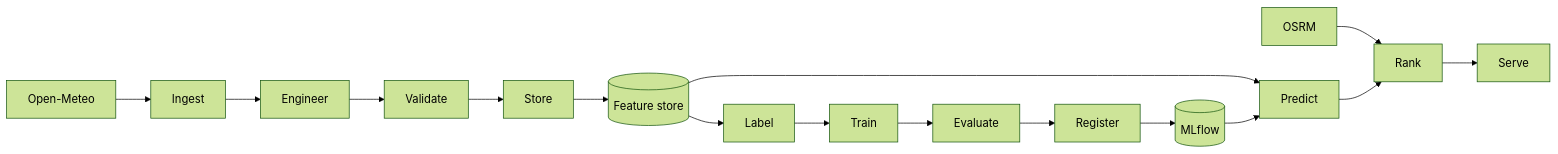
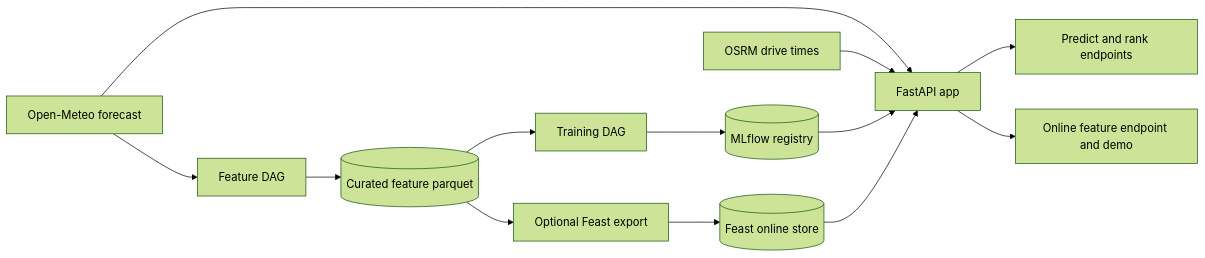
The first of 2 diagrams in docs/site/index.md (javihslu/foehncast), drawn with Mermaid (forest theme) before and after one commit. The commit also changed other lines of this file and 34 other files, not shown here.

Commit message:
feat(local): simplify stack and add optional feast path

````diff
--- a/docs/site/index.md
+++ b/docs/site/index.md
@@ -27,20 +17,17 @@
 ```mermaid
 flowchart LR
-    OME[Open-Meteo] --> ING[Ingest]
-    ING --> ENG[Engineer]
-    ENG --> VAL[Validate]
-    VAL --> STORE[Store]
-    STORE --> FS[(Feature store)]
+    OME[Open-Meteo forecast] --> FEAT[Feature DAG]
+    FEAT --> PAR[(Curated feature parquet)]
+    PAR --> TRAIN[Training DAG]
+    TRAIN --> MLF[(MLflow registry)]
 
-    FS --> LABEL[Label]
-    LABEL --> TRAIN[Train]
-    TRAIN --> EVAL[Evaluate]
-    EVAL --> REG[Register]
-    REG --> ML[(MLflow)]
+    OME --> APP[FastAPI app]
+    OSRM[OSRM drive times] --> APP
+    MLF --> APP
+    APP --> API[Predict and rank endpoints]
 
-    FS --> PRED[Predict]
-    ML --> PRED
-    OSRM[OSRM] --> RANK[Rank]
-    PRED --> RANK
-    RANK --> SERVE[Serve]
+    PAR --> FEXP[Optional Feast export]
+    FEXP --> FEAST[(Feast online store)]
+    FEAST --> APP
+    APP --> FEATAPI[Online feature endpoint and demo]
 ```
````
